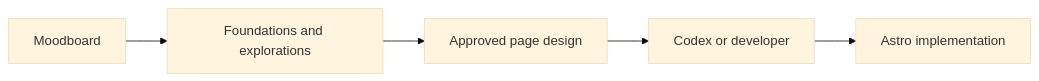
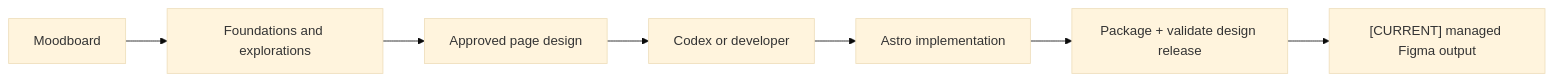
The seventh of 7 diagrams in docs/ARCHITECTURE.md (abicaride/abicaride.com), drawn with Mermaid (base theme) before and after one commit. The commit also changed other lines of this file and 13 other files, not shown here.

````diff
--- a/docs/ARCHITECTURE.md
+++ b/docs/ARCHITECTURE.md
@@ -406,7 +432,9 @@
 ```mermaid
 flowchart LR
     MOOD["Moodboard"] --> FOUNDATIONS["Foundations and explorations"]
     FOUNDATIONS --> DESIGN["Approved page design"]
     DESIGN --> DEV["Codex or developer"]
     DEV --> ASTRO["Astro implementation"]
+    ASTRO --> PACKAGE["Package + validate design release"]
+    PACKAGE --> CURRENT["[CURRENT] managed Figma output"]
 ```
````
